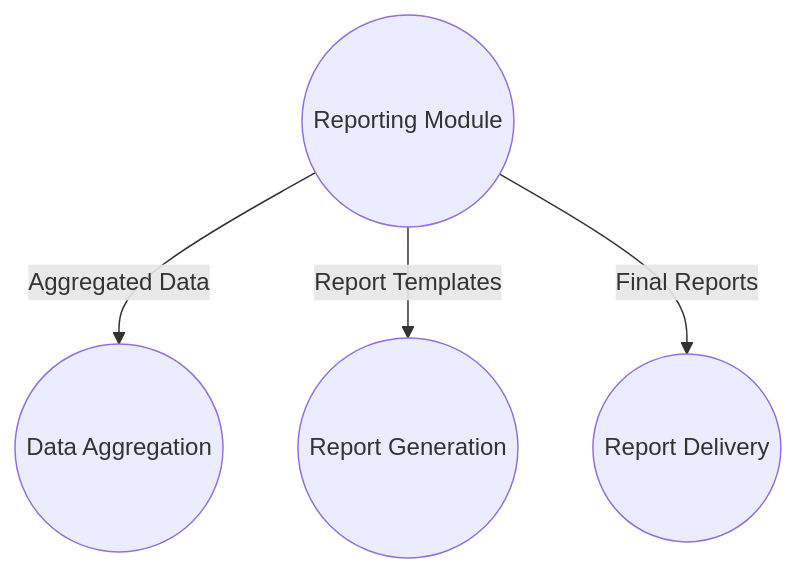
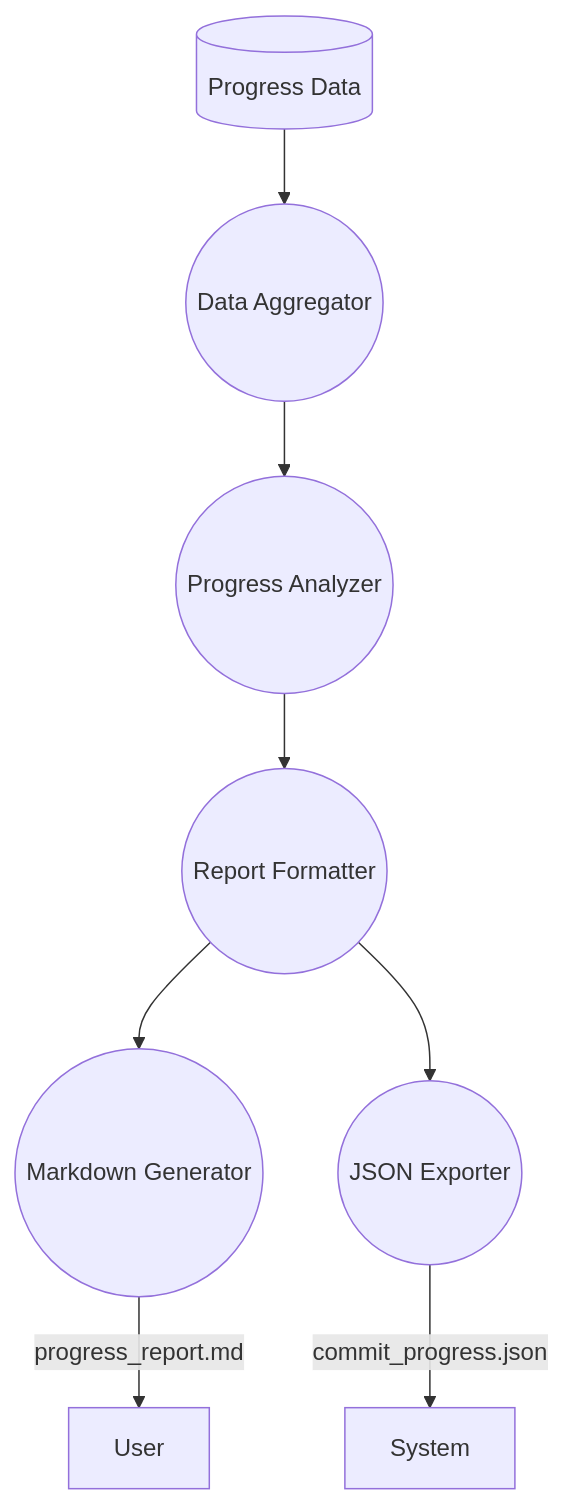
One commit to Shakour-Data/AutoProjectManagement changed the sixth of 7 diagrams in Docs/entire_project/DFD_Diagrams.md. Above: the diagram before and after it, drawn with Mermaid. The commit also changed other lines of this file, not shown here.

````diff
--- a/Docs/entire_project/DFD_Diagrams.md
+++ b/Docs/entire_project/DFD_Diagrams.md
@@ -198,11 +195,21 @@
 ```mermaid
 graph TD
-    Reporting((Reporting Module))
-    DataAggregation((Data Aggregation))
-    ReportGeneration((Report Generation))
-    ReportDelivery((Report Delivery))
-
-    Reporting -->|Aggregated Data| DataAggregation
-    Reporting -->|Report Templates| ReportGeneration
-    Reporting -->|Final Reports| ReportDelivery
+    Progress_Data[(Progress Data)]
+    
+    Data_Aggregator((Data Aggregator))
+    Progress_Analyzer((Progress Analyzer))
+    Report_Formatter((Report Formatter))
+    
+    Markdown_Generator((Markdown Generator))
+    JSON_Exporter((JSON Exporter))
+    
+    Progress_Data --> Data_Aggregator
+    Data_Aggregator --> Progress_Analyzer
+    Progress_Analyzer --> Report_Formatter
+    
+    Report_Formatter --> Markdown_Generator
+    Report_Formatter --> JSON_Exporter
+    
+    Markdown_Generator -->|progress_report.md| User
+    JSON_Exporter -->|commit_progress.json| System
 ```
````
